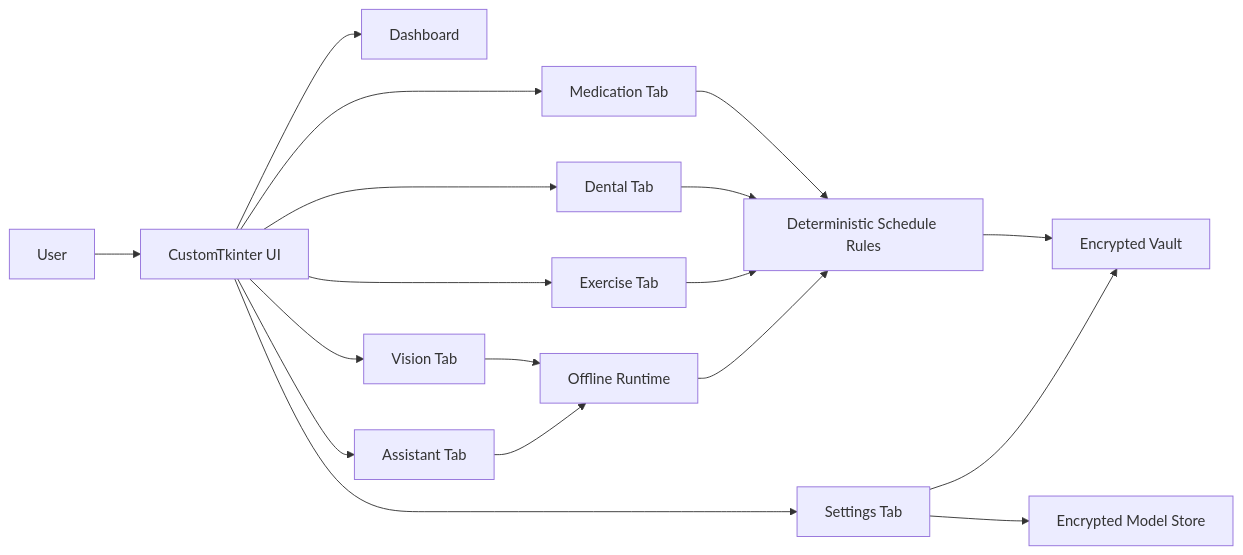
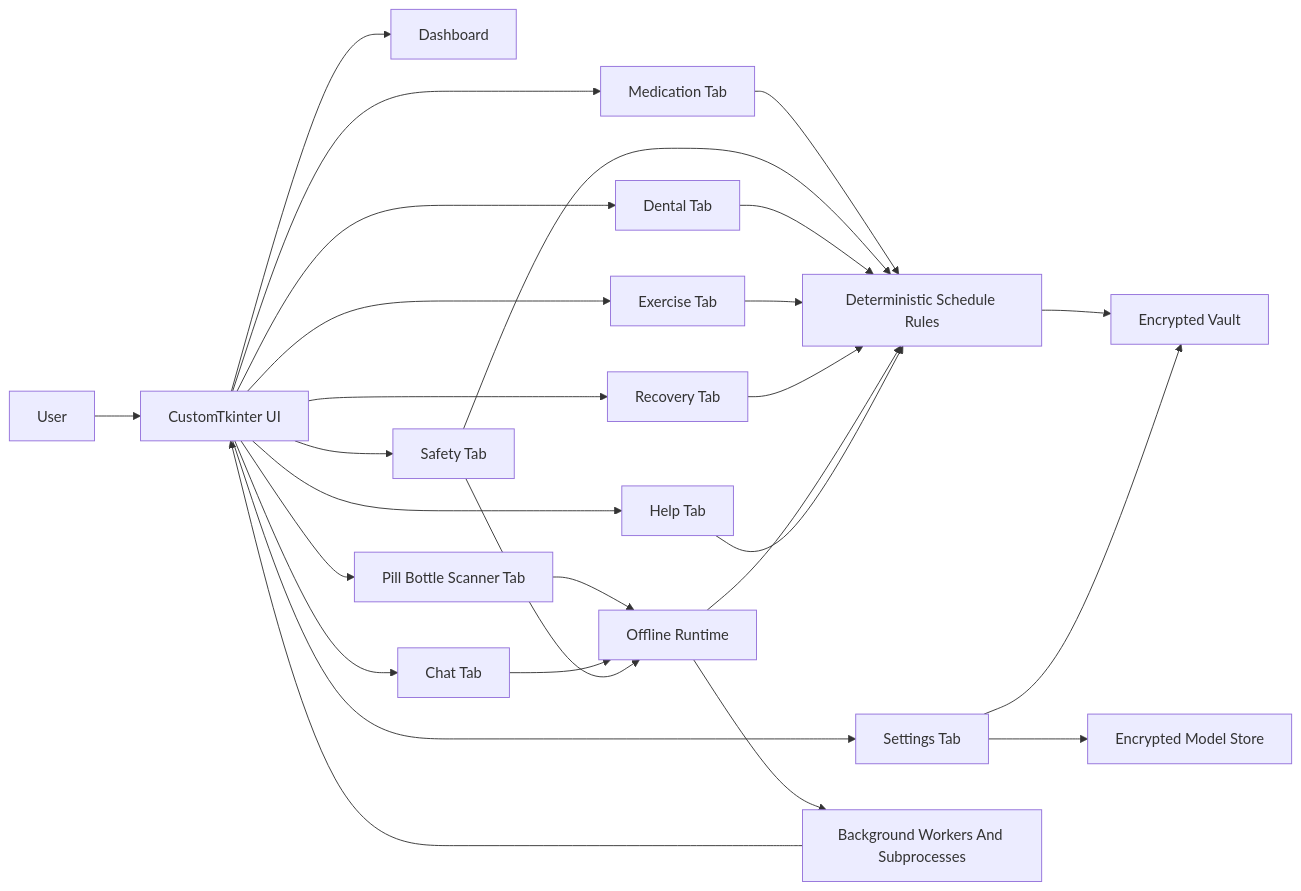
The first of 4 diagrams in README.md (ornab74/med-safe-desktop), drawn with Mermaid before and after one commit. The commit also changed other lines of this file and 1 other file, not shown here.

````diff
--- a/README.md
+++ b/README.md
@@ -217,20 +286,29 @@
 ```mermaid
 flowchart LR
     User[User] --> UI[CustomTkinter UI]
     UI --> Dashboard[Dashboard]
     UI --> Meds[Medication Tab]
-    UI --> Vision[Vision Tab]
+    UI --> Safety[Safety Tab]
+    UI --> Scanner[Pill Bottle Scanner Tab]
     UI --> Dental[Dental Tab]
     UI --> Exercise[Exercise Tab]
-    UI --> Assistant[Assistant Tab]
+    UI --> Recovery[Recovery Tab]
+    UI --> Chat[Chat Tab]
+    UI --> Help[Help Tab]
     UI --> Settings[Settings Tab]
     Meds --> Rules[Deterministic Schedule Rules]
+    Safety --> Rules
     Dental --> Rules
     Exercise --> Rules
-    Vision --> Runtime[Offline Runtime]
-    Assistant --> Runtime
+    Recovery --> Rules
+    Scanner --> Runtime[Offline Runtime]
+    Chat --> Runtime
+    Safety --> Runtime
+    Runtime --> Workers[Background Workers And Subprocesses]
+    Workers --> UI
     Runtime --> Rules
     Rules --> Vault[Encrypted Vault]
     Settings --> Vault
     Settings --> ModelCache[Encrypted Model Store]
+    Help --> Rules
 ```
````
